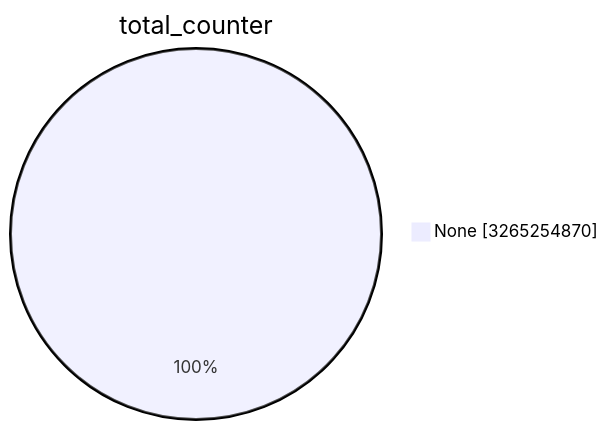
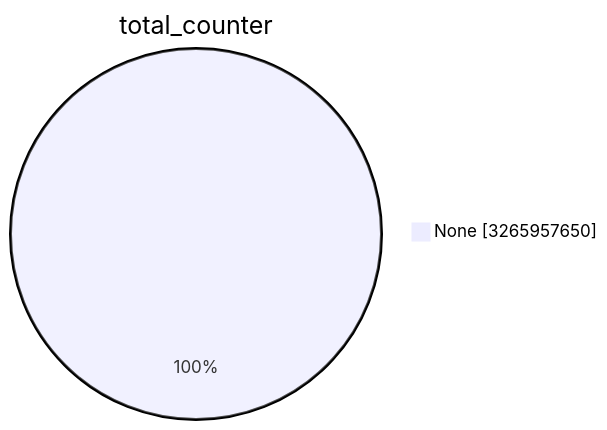
The first of 15 diagrams in TOTAL/README.md (christiankrug/ctmonitor_visualization), drawn with Mermaid before and after one commit. The commit also changed other lines of this file, not shown here.

````diff
--- a/TOTAL/README.md
+++ b/TOTAL/README.md
@@ -1,5 +1,5 @@
 ```mermaid
 pie showData
 title total_counter
-"None" :3265254870
+"None" :3265957650
 ```
````
